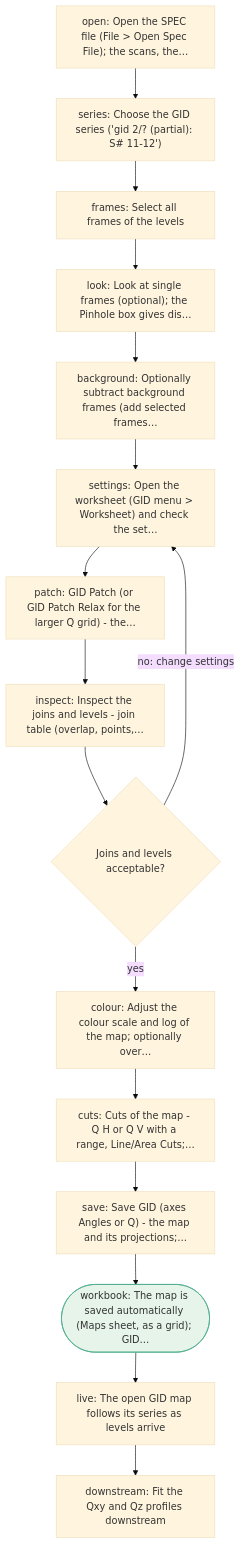
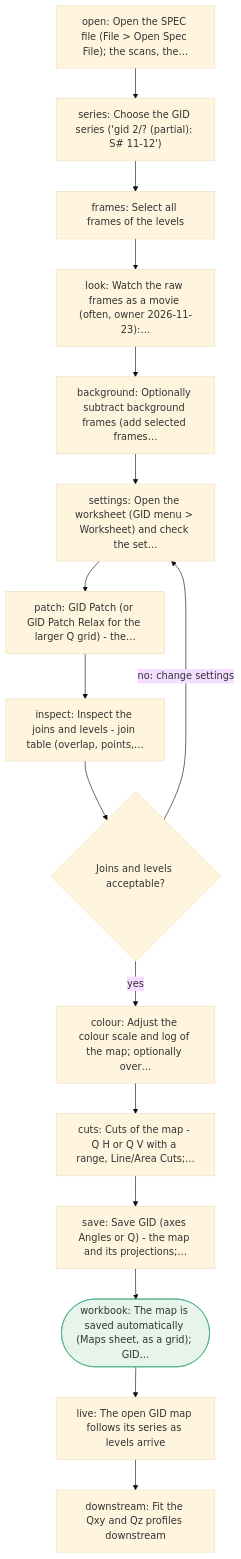
Before and after one commit to Dave-J-W/LSS_Reader2: the sixth of 14 diagrams in docs/gui/workflows.md, drawn with Mermaid (base theme). The commit also changed other lines of this file and 9 other files, not shown here.

````diff
--- a/docs/gui/workflows.md
+++ b/docs/gui/workflows.md
@@ -248,35 +327,35 @@
 ```mermaid
 flowchart TD
     gid_open["open: Open the SPEC file (File &gt; Open Spec File); the scans, the…"]
     gid_series["series: Choose the GID series ('gid 2/? (partial): S# 11-12')"]
     gid_frames["frames: Select all frames of the levels"]
-    gid_look["look: Look at single frames (optional); the Pinhole box gives dis…"]
+    gid_look["look: Watch the raw frames as a movie (often, owner 2026-11-23):…"]
     gid_background["background: Optionally subtract background frames (add selected frames…"]
     gid_settings["settings: Open the worksheet (GID menu &gt; Worksheet) and check the set…"]
     gid_patch["patch: GID Patch (or GID Patch Relax for the larger Q grid) - the…"]
     gid_inspect["inspect: Inspect the joins and levels - join table (overlap, points,…"]
     gid_inspect_d{"Joins and levels acceptable?"}
     gid_colour["colour: Adjust the colour scale and log of the map; optionally over…"]
     gid_cuts["cuts: Cuts of the map - Q H or Q V with a range, Line/Area Cuts;…"]
     gid_save["save: Save GID (axes Angles or Q) - the map and its projections;…"]
     gid_workbook(["workbook: The map is saved automatically (Maps sheet, as a grid); GID…"])
     gid_live["live: The open GID map follows its series as levels arrive"]
     gid_downstream["downstream: Fit the Qxy and Qz profiles downstream"]
     gid_open --> gid_series
     gid_series --> gid_frames
     gid_frames --> gid_look
     gid_look --> gid_background
     gid_background --> gid_settings
     gid_settings --> gid_patch
     gid_patch --> gid_inspect
     gid_inspect --> gid_inspect_d
     gid_inspect_d -- "no: change settings" --> gid_settings
     gid_inspect_d -- "yes" --> gid_colour
     gid_colour --> gid_cuts
     gid_cuts --> gid_save
     gid_save --> gid_workbook
     gid_workbook --> gid_live
     gid_live --> gid_downstream
     classDef auto fill:#e6f4ea,stroke:#4a8;
     class gid_workbook auto;
 ```
````
